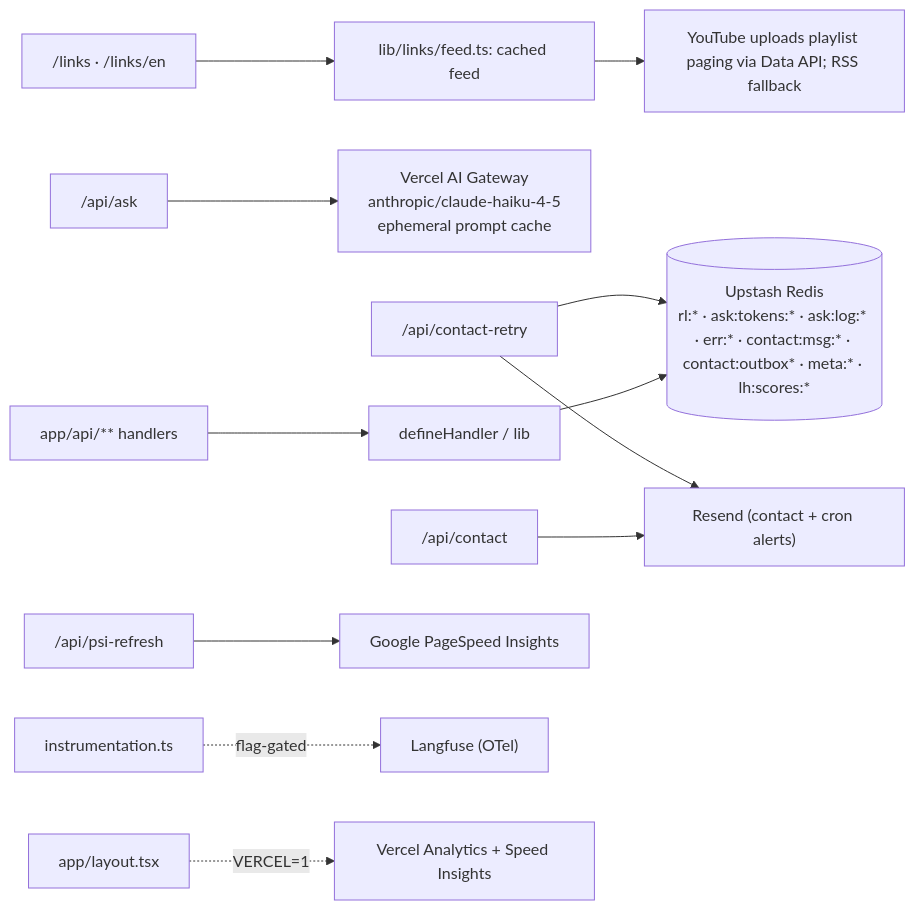
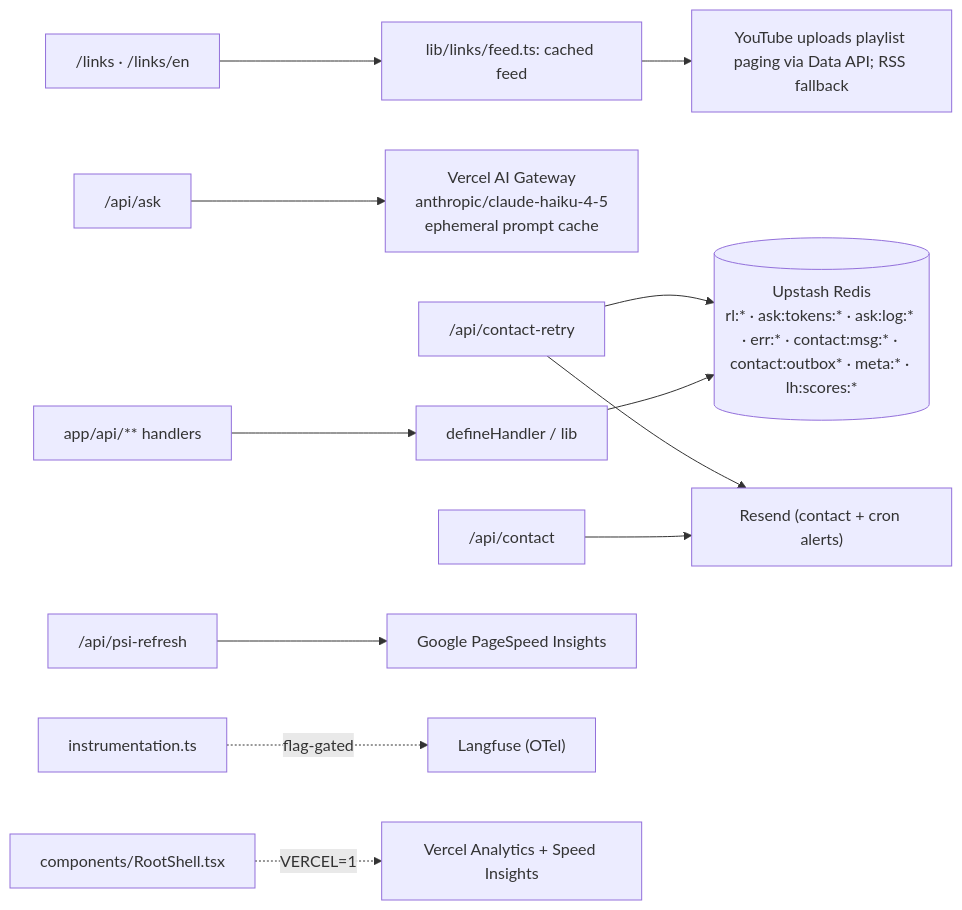
Before and after one commit to erikunha/portfolio: the diagram in docs/05-api-and-integrations.md, drawn with Mermaid. The commit also changed 10 other files, not shown here.

First line of the commit message:
docs(i18n): describe the locale route groups and the shared root shell

````diff
--- a/docs/05-api-and-integrations.md
+++ b/docs/05-api-and-integrations.md
@@ -78,14 +78,14 @@
 ```mermaid
 flowchart LR
     routes["app/api/** handlers"] --> defh["defineHandler / lib"]
     defh --> redis[("Upstash Redis<br/>rl:* · ask:tokens:* · ask:log:* · err:* · contact:msg:* · contact:outbox* · meta:* · lh:scores:*")]
     ask["/api/ask"] --> gw["Vercel AI Gateway<br/>anthropic/claude-haiku-4-5<br/>ephemeral prompt cache"]
     linkpages["/links · /links/en"] --> links["lib/links/feed.ts: cached feed"]
     links --> youtube["YouTube uploads playlist paging via Data API; RSS fallback"]
     contact["/api/contact"] --> resend["Resend (contact + cron alerts)"]
     retry["/api/contact-retry"] --> redis
     retry --> resend
     psicron["/api/psi-refresh"] --> psi["Google PageSpeed Insights"]
     instr["instrumentation.ts"] -.flag-gated.-> lf["Langfuse (OTel)"]
-    layout["app/layout.tsx"] -.VERCEL=1.-> rum["Vercel Analytics + Speed Insights"]
+    layout["components/RootShell.tsx"] -.VERCEL=1.-> rum["Vercel Analytics + Speed Insights"]
 ```
````
